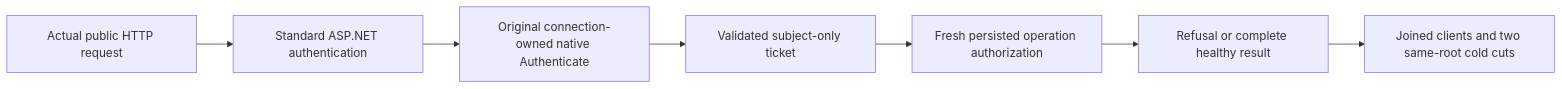
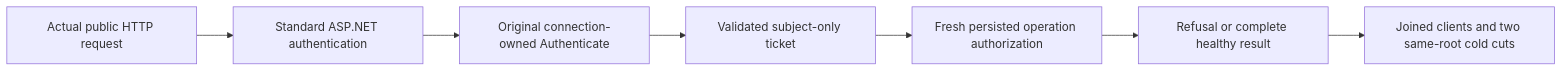
The diagram in docs/Features/Authorization/RequestBoundAuthenticationObservation.md (managedcode/KeyLoad), drawn with Mermaid before and after one commit. The commit also changed other lines of this file and 9016 other files, not shown here.

````diff
--- a/docs/Features/Authorization/RequestBoundAuthenticationObservation.md
+++ b/docs/Features/Authorization/RequestBoundAuthenticationObservation.md
@@ -19,9 +19,9 @@
 ```mermaid
 flowchart LR
     H[Actual public HTTP request] --> A[Standard ASP.NET authentication]
-    A --> E[Original connection-owned native Authenticate]
+    A --> E[Original connection-owned Authenticate]
     E --> T[Validated subject-only ticket]
     T --> P[Fresh persisted operation authorization]
     P --> R[Refusal or complete healthy result]
     R --> C[Joined clients and two same-root cold cuts]
 ```
````
